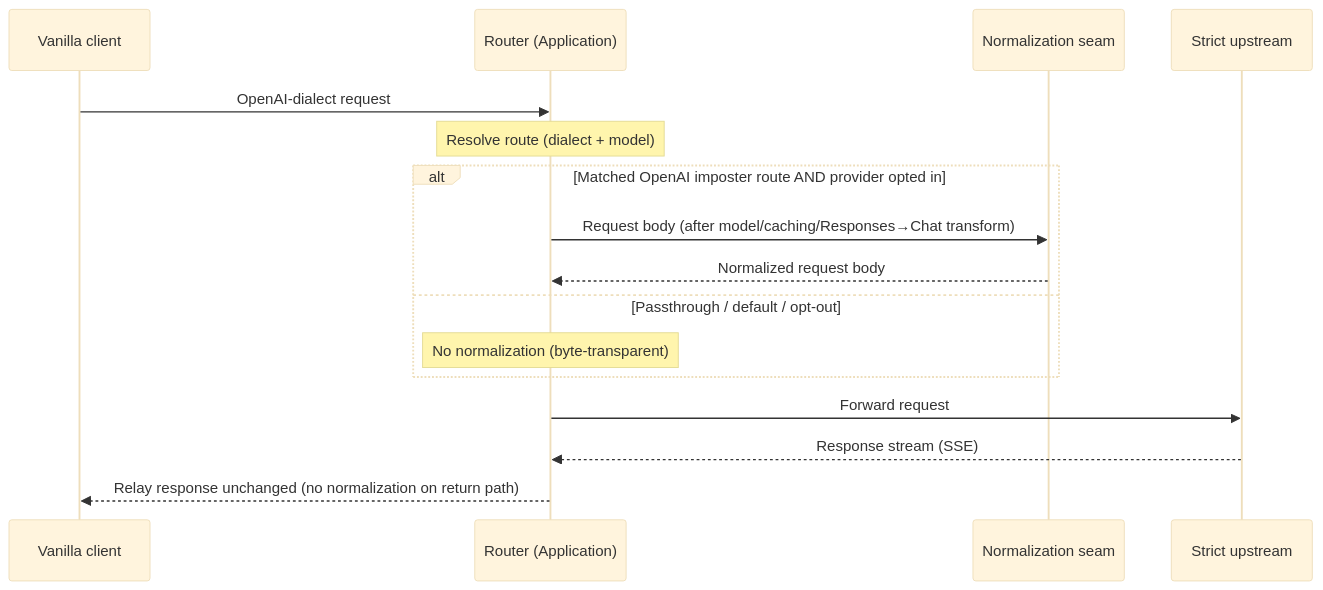
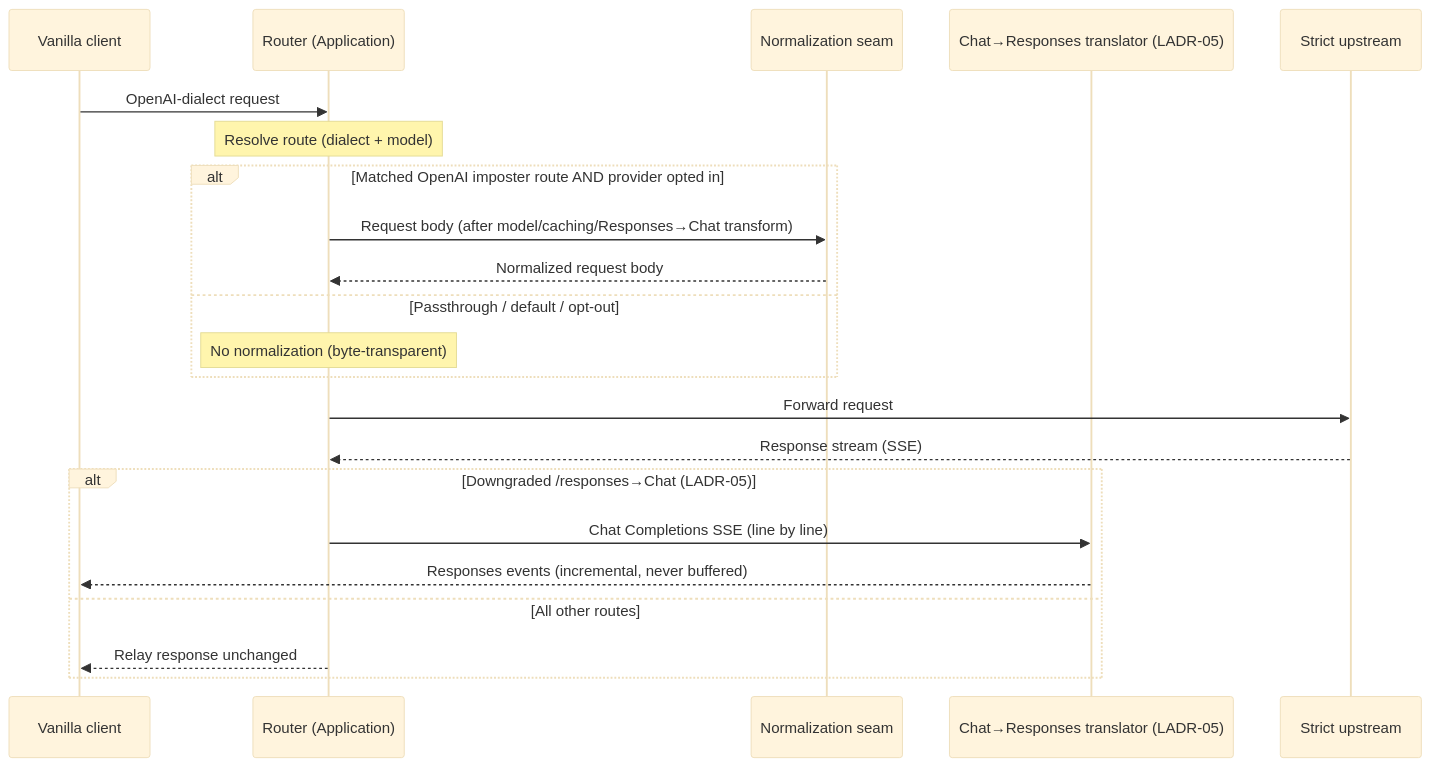
The second of 2 diagrams in .docs/hlds/004-codex-to-openai-sdk-transformer/diagrams/c4-context.md (generic-automation-and-it/smooth-llm-imposter), drawn with Mermaid (base theme) before and after one commit. The commit also changed other lines of this file and 6 other files, not shown here.

Commit message:
docs[19]: design bidirectional responses-chat bridge (LADR-05, NFR-05)

````diff
--- a/.docs/hlds/004-codex-to-openai-sdk-transformer/diagrams/c4-context.md
+++ b/.docs/hlds/004-codex-to-openai-sdk-transformer/diagrams/c4-context.md
@@ -36,19 +38,25 @@
 ```mermaid
 sequenceDiagram
     participant C as Vanilla client
     participant R as Router (Application)
     participant N as Normalization seam
+    participant T as Chat→Responses translator (LADR-05)
     participant U as Strict upstream
 
     C->>R: OpenAI-dialect request
     Note over R: Resolve route (dialect + model)
     alt Matched OpenAI imposter route AND provider opted in
         R->>N: Request body (after model/caching/Responses→Chat transform)
         N-->>R: Normalized request body
     else Passthrough / default / opt-out
         Note over R: No normalization (byte-transparent)
     end
     R->>U: Forward request
     U-->>R: Response stream (SSE)
-    R-->>C: Relay response unchanged (no normalization on return path)
+    alt Downgraded /responses→Chat (LADR-05)
+        R->>T: Chat Completions SSE (line by line)
+        T-->>C: Responses events (incremental, never buffered)
+    else All other routes
+        R-->>C: Relay response unchanged
+    end
 ```
````
